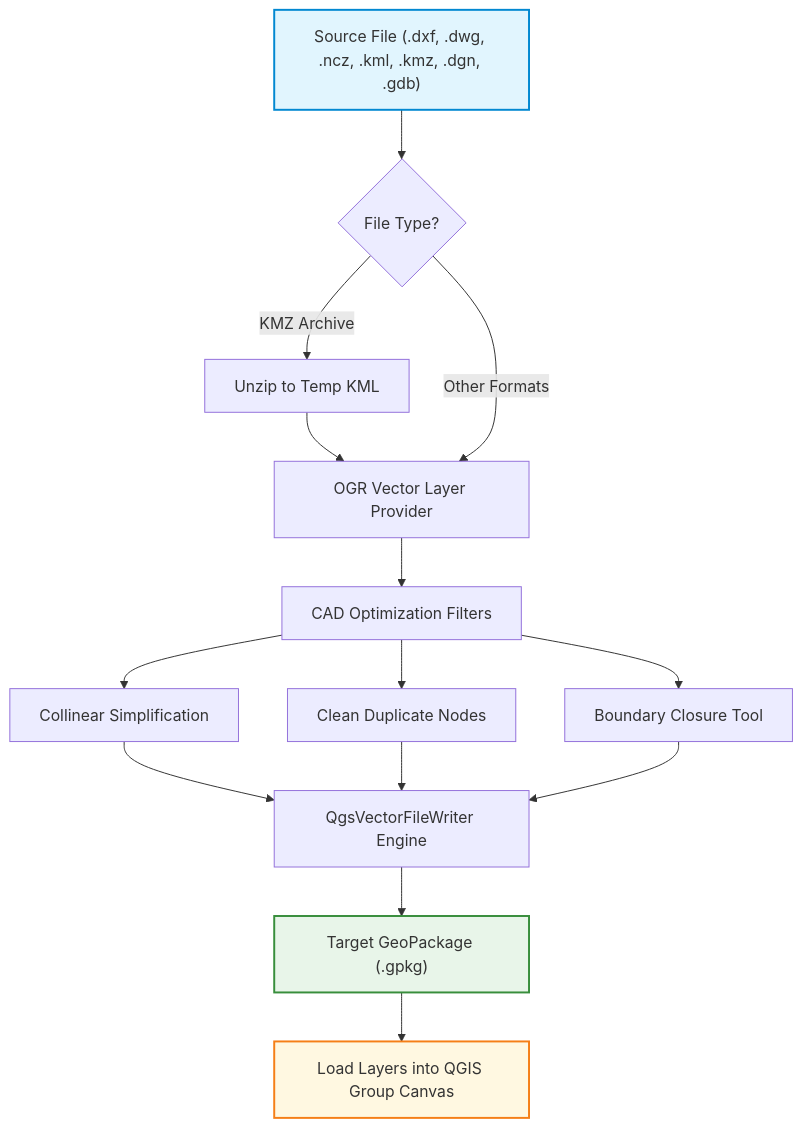
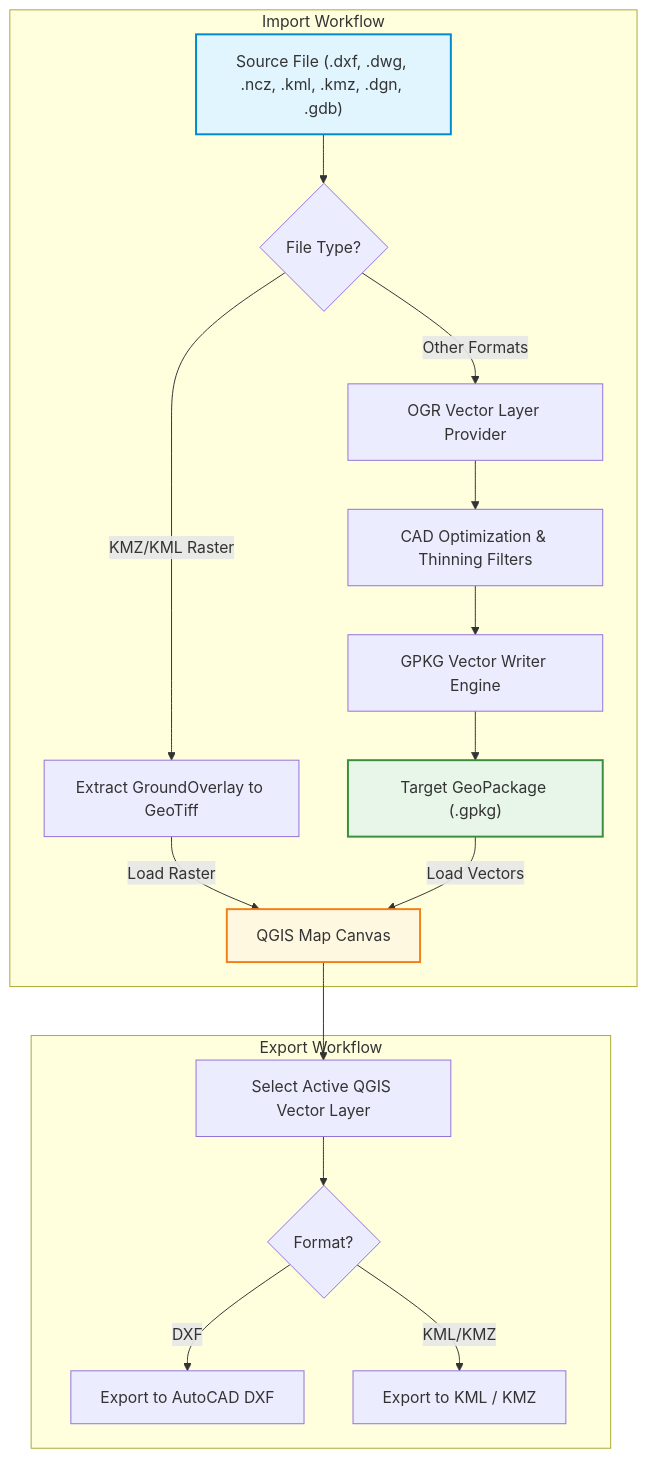
One commit to YusufEminoglu/zero2cadgis changed the diagram in README.md. Above: the diagram before and after it, drawn with Mermaid. The commit also changed other lines of this file and 1 other file, not shown here.

````diff
--- a/README.md
+++ b/README.md
@@ -24,21 +28,24 @@
 ```mermaid
 flowchart TD
-    A["Source File (.dxf, .dwg, .ncz, .kml, .kmz, .dgn, .gdb)"] --> B{"File Type?"}
+    subgraph Import Workflow
+        A["Source File (.dxf, .dwg, .ncz, .kml, .kmz, .dgn, .gdb)"] --> B{"File Type?"}
+        B -->|KMZ/KML Raster| C["Extract GroundOverlay to GeoTiff"]
+        B -->|Other Formats| D["OGR Vector Layer Provider"]
+        C -->|Load Raster| K["QGIS Map Canvas"]
+        D --> E["CAD Optimization & Thinning Filters"]
+        E --> F["GPKG Vector Writer Engine"]
+        F --> G["Target GeoPackage (.gpkg)"]
+        G -->|Load Vectors| K
+    end
     
-    B -->|KMZ Archive| C["Unzip to Temp KML"]
-    C --> D["OGR Vector Layer Provider"]
-    B -->|Other Formats| D
-    
-    D --> E["CAD Optimization Filters"]
-    E --> F["Collinear Simplification"]
-    E --> G["Clean Duplicate Nodes"]
-    E --> H["Boundary Closure Tool"]
-    
-    F & G & H --> I["QgsVectorFileWriter Engine"]
-    I --> J["Target GeoPackage (.gpkg)"]
-    J --> K["Load Layers into QGIS Group Canvas"]
+    subgraph Export Workflow
+        K --> H["Select Active QGIS Vector Layer"]
+        H --> I{"Format?"}
+        I -->|DXF| J["Export to AutoCAD DXF"]
+        I -->|KML/KMZ| L["Export to KML / KMZ"]
+    end
     
     style A fill:#e1f5fe,stroke:#0288d1,stroke-width:2px
-    style J fill:#e8f5e9,stroke:#388e3c,stroke-width:2px
+    style G fill:#e8f5e9,stroke:#388e3c,stroke-width:2px
     style K fill:#fff8e1,stroke:#f57f17,stroke-width:2px
 ```
````
